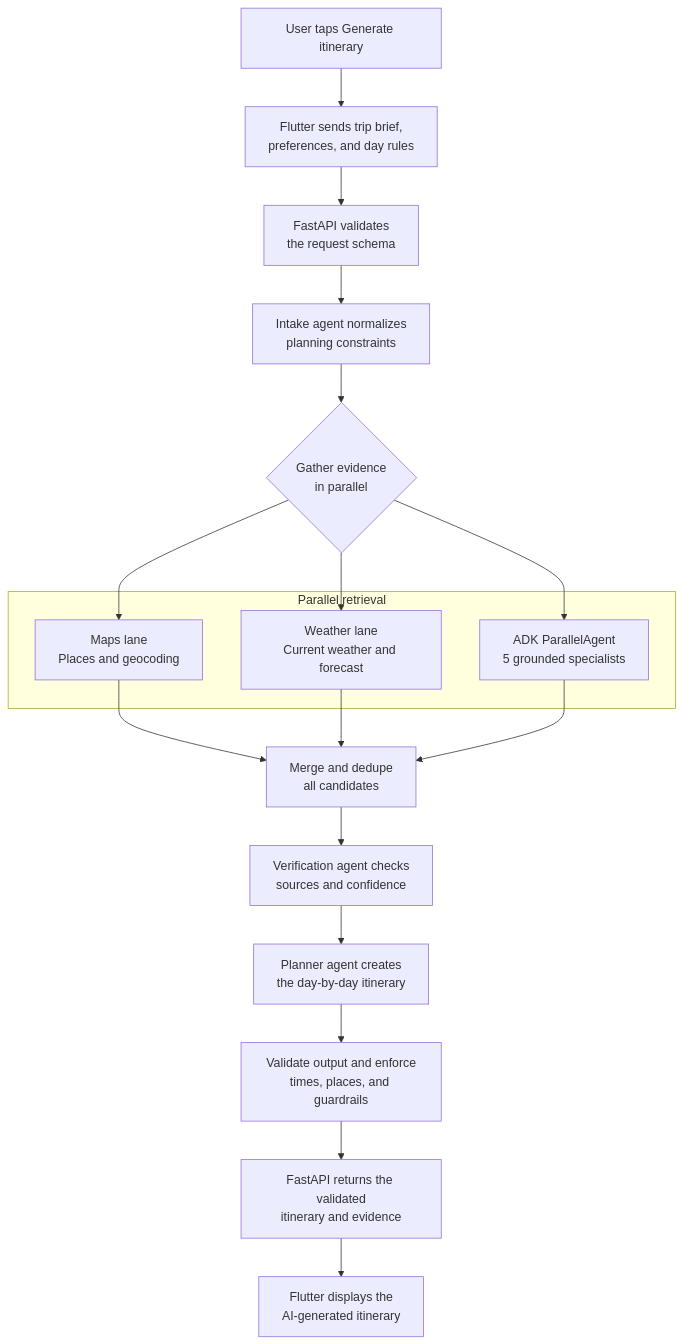
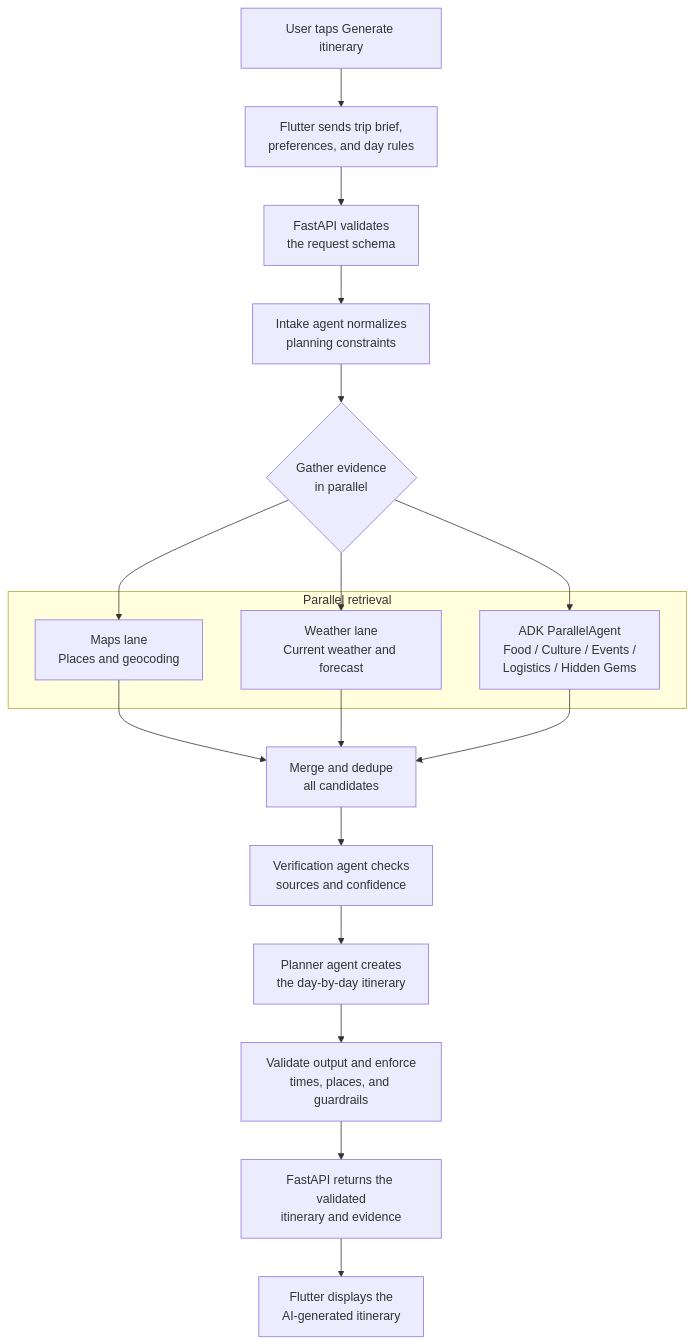
Before and after one commit to Tyruxx/wanderlust-project: the second of 2 diagrams in README.md, drawn with Mermaid. The commit also changed other lines of this file, not shown here.

Commit message:
docs: list the 5 ParallelAgent specialists in both mermaid diagrams

````diff
--- a/README.md
+++ b/README.md
@@ -124,27 +124,27 @@
 ```mermaid
 flowchart TD
     Click["User taps Generate itinerary"] --> Submit["Flutter sends trip brief,<br/>preferences, and day rules"]
     Submit --> Validate["FastAPI validates<br/>the request schema"]
     Validate --> Intake["Intake agent normalizes<br/>planning constraints"]
     Intake --> FanOut{"Gather evidence<br/>in parallel"}
 
     subgraph Retrieval[Parallel retrieval]
         Maps["Maps lane<br/>Places and geocoding"]
         Weather["Weather lane<br/>Current weather and forecast"]
-        Search["ADK ParallelAgent<br/>5 grounded specialists"]
+        Search["ADK ParallelAgent<br/>Food / Culture / Events /<br/>Logistics / Hidden Gems"]
     end
 
     FanOut --> Maps
     FanOut --> Weather
     FanOut --> Search
 
     Maps --> Merge["Merge and dedupe<br/>all candidates"]
     Weather --> Merge
     Search --> Merge
 
     Merge --> Verify["Verification agent checks<br/>sources and confidence"]
     Verify --> Plan["Planner agent creates<br/>the day-by-day itinerary"]
     Plan --> Guard["Validate output and enforce<br/>times, places, and guardrails"]
     Guard --> Response["FastAPI returns the validated<br/>itinerary and evidence"]
     Response --> Display["Flutter displays the<br/>AI-generated itinerary"]
 ```
````
